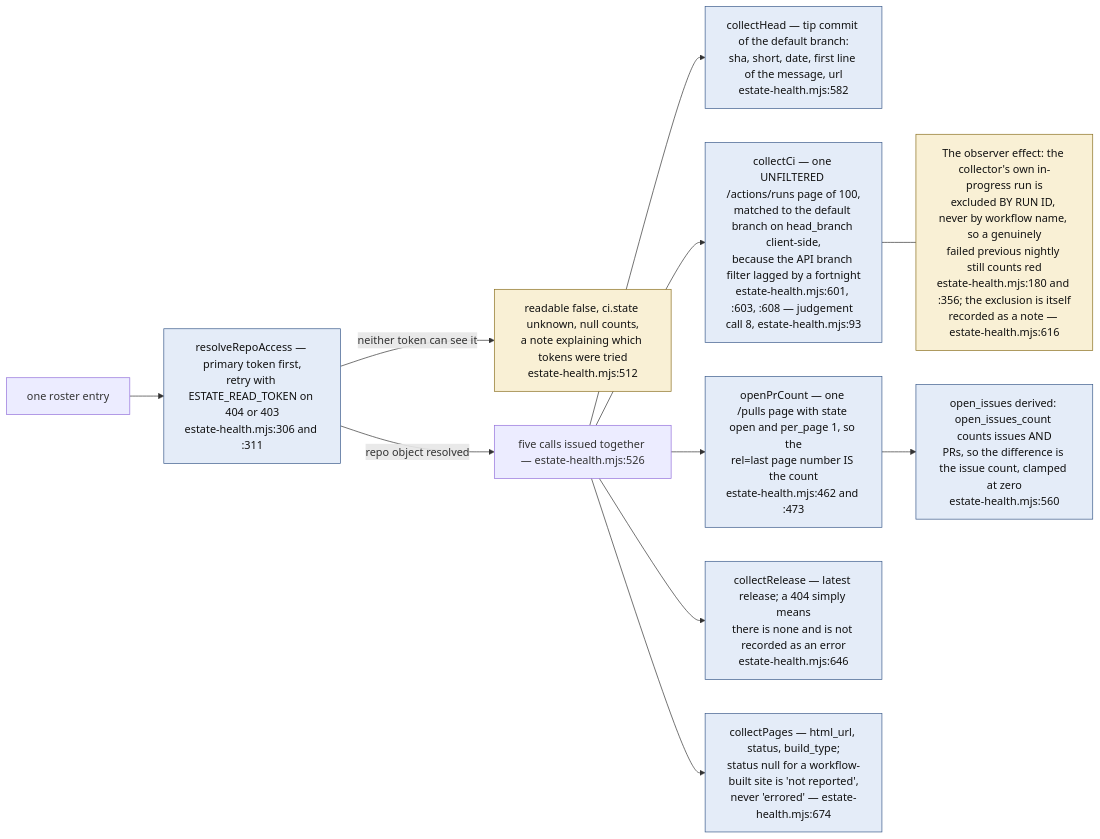
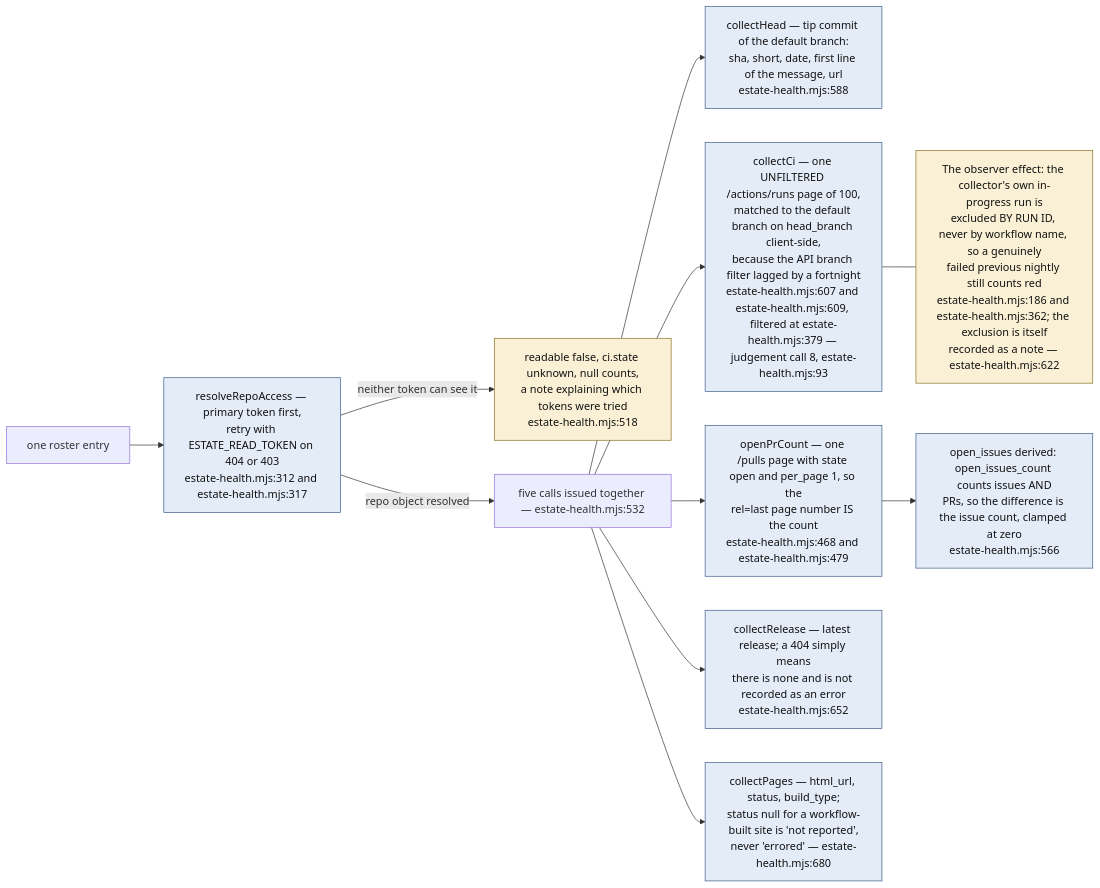
One commit to DreamLab-AI/VisionFlow changed the third of 9 diagrams in docs/diagrams/visionflow/03-estate-health.md. Above: the diagram before and after it, drawn with Mermaid. The commit also changed other lines of this file and 160 other files, not shown here.

````diff
--- a/docs/diagrams/visionflow/03-estate-health.md
+++ b/docs/diagrams/visionflow/03-estate-health.md
@@ -100,20 +101,20 @@
 ```mermaid
 flowchart LR
     classDef apicall fill:#e4ecf8,stroke:#3a5a8a,color:#111
     classDef deg fill:#f9f0d5,stroke:#8a7020,color:#111
 
-    E["one roster entry"] --> ACC["resolveRepoAccess — primary token first,<br/>retry with ESTATE_READ_TOKEN on 404 or 403<br/>estate-health.mjs:306 and :311"]:::apicall
-    ACC -->|"neither token can see it"| UNREAD["readable false, ci.state unknown, null counts,<br/>a note explaining which tokens were tried<br/>estate-health.mjs:512"]:::deg
-    ACC -->|"repo object resolved"| PAR["five calls issued together — estate-health.mjs:526"]
+    E["one roster entry"] --> ACC["resolveRepoAccess — primary token first,<br/>retry with ESTATE_READ_TOKEN on 404 or 403<br/>estate-health.mjs:312 and estate-health.mjs:317"]:::apicall
+    ACC -->|"neither token can see it"| UNREAD["readable false, ci.state unknown, null counts,<br/>a note explaining which tokens were tried<br/>estate-health.mjs:518"]:::deg
+    ACC -->|"repo object resolved"| PAR["five calls issued together — estate-health.mjs:532"]
 
-    PAR --> C1["collectHead — tip commit of the default branch:<br/>sha, short, date, first line of the message, url<br/>estate-health.mjs:582"]:::apicall
-    PAR --> C2["collectCi — one UNFILTERED /actions/runs page of 100,<br/>matched to the default branch on head_branch client-side,<br/>because the API branch filter lagged by a fortnight<br/>estate-health.mjs:601, :603, :608 — judgement call 8, estate-health.mjs:93"]:::apicall
-    PAR --> C3["openPrCount — one /pulls page with state open and per_page 1, so the<br/>rel=last page number IS the count<br/>estate-health.mjs:462 and :473"]:::apicall
-    PAR --> C4["collectRelease — latest release; a 404 simply means<br/>there is none and is not recorded as an error<br/>estate-health.mjs:646"]:::apicall
-    PAR --> C5["collectPages — html_url, status, build_type;<br/>status null for a workflow-built site is 'not reported',<br/>never 'errored' — estate-health.mjs:674"]:::apicall
+    PAR --> C1["collectHead — tip commit of the default branch:<br/>sha, short, date, first line of the message, url<br/>estate-health.mjs:588"]:::apicall
+    PAR --> C2["collectCi — one UNFILTERED /actions/runs page of 100,<br/>matched to the default branch on head_branch client-side,<br/>because the API branch filter lagged by a fortnight<br/>estate-health.mjs:607 and estate-health.mjs:609, filtered at estate-health.mjs:379 — judgement call 8, estate-health.mjs:93"]:::apicall
+    PAR --> C3["openPrCount — one /pulls page with state open and per_page 1, so the<br/>rel=last page number IS the count<br/>estate-health.mjs:468 and estate-health.mjs:479"]:::apicall
+    PAR --> C4["collectRelease — latest release; a 404 simply means<br/>there is none and is not recorded as an error<br/>estate-health.mjs:652"]:::apicall
+    PAR --> C5["collectPages — html_url, status, build_type;<br/>status null for a workflow-built site is 'not reported',<br/>never 'errored' — estate-health.mjs:680"]:::apicall
 
-    C3 --> ISSUES["open_issues derived: open_issues_count counts issues AND<br/>PRs, so the difference is the issue count, clamped at zero<br/>estate-health.mjs:560"]:::apicall
+    C3 --> ISSUES["open_issues derived: open_issues_count counts issues AND<br/>PRs, so the difference is the issue count, clamped at zero<br/>estate-health.mjs:566"]:::apicall
 
-    SELF["The observer effect: the collector's own in-progress run is<br/>excluded BY RUN ID, never by workflow name, so a genuinely<br/>failed previous nightly still counts red<br/>estate-health.mjs:180 and :356; the exclusion is itself<br/>recorded as a note — estate-health.mjs:616"]:::deg
+    SELF["The observer effect: the collector's own in-progress run is<br/>excluded BY RUN ID, never by workflow name, so a genuinely<br/>failed previous nightly still counts red<br/>estate-health.mjs:186 and estate-health.mjs:362; the exclusion is itself<br/>recorded as a note — estate-health.mjs:622"]:::deg
     C2 --- SELF
 ```
````
